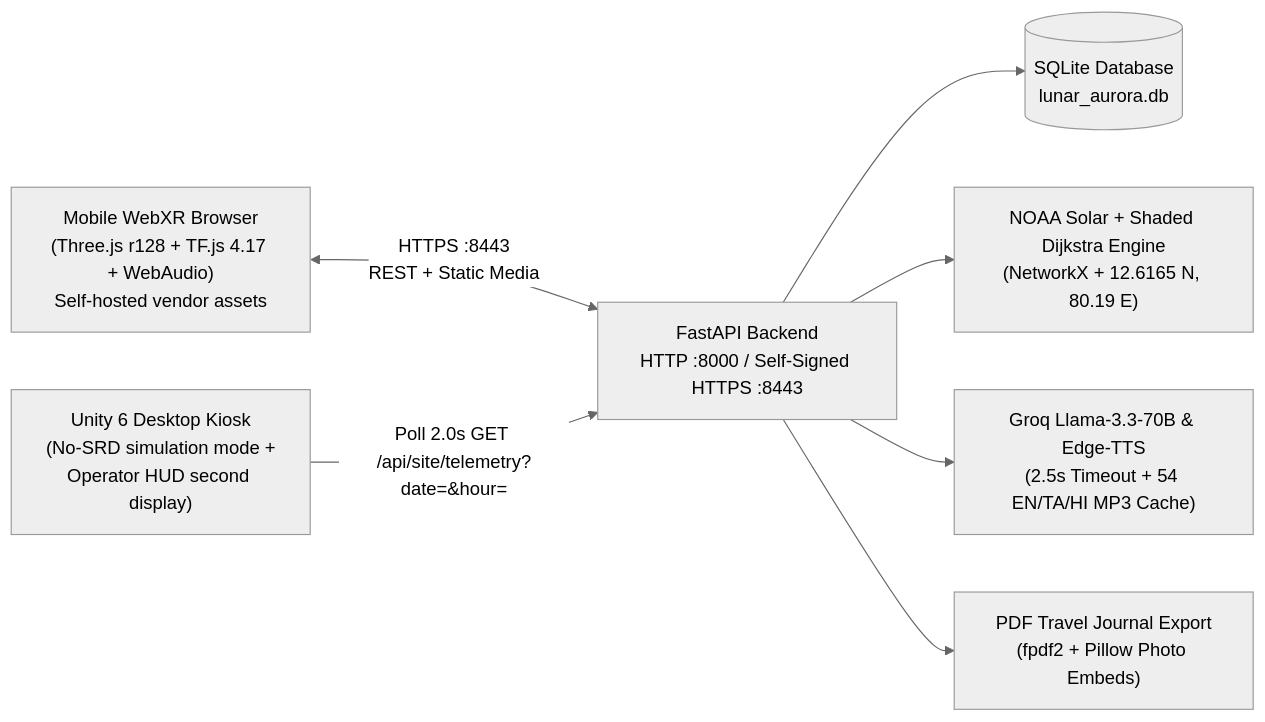
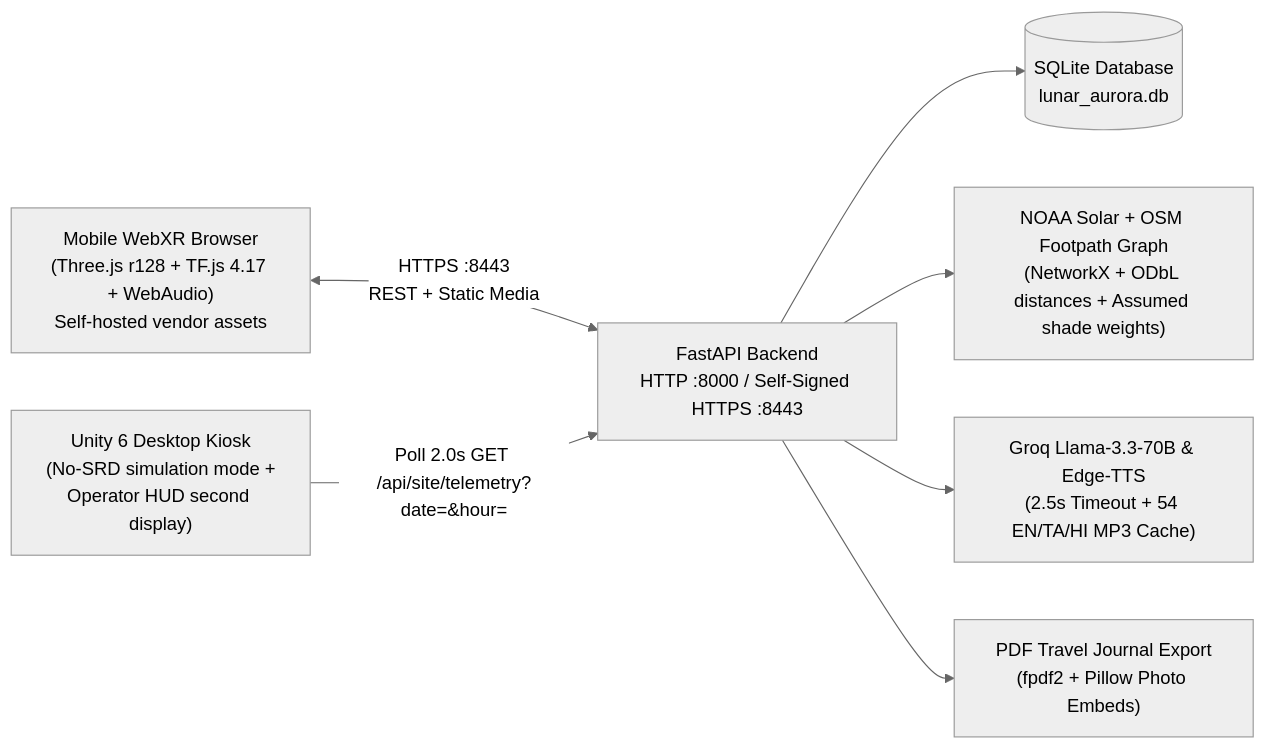
Before and after one commit to Rohitbapu/Lunar-Aurora: the diagram in docs/architecture.md, drawn with Mermaid (neutral theme). The commit also changed other lines of this file and 16 other files, not shown here.

Commit message:
feat(osm,docs): use real OSM coordinates/distances, mark weights assumed, add known limitations

````diff
--- a/docs/architecture.md
+++ b/docs/architecture.md
@@ -7,9 +7,9 @@
 ```mermaid
 flowchart LR
     V["Mobile WebXR Browser<br/>(Three.js r128 + TF.js 4.17 + WebAudio)<br/>Self-hosted vendor assets"] <-->|"HTTPS :8443<br/>REST + Static Media"| API["FastAPI Backend<br/>HTTP :8000 / Self-Signed HTTPS :8443"]
     K["Unity 6 Desktop Kiosk<br/>(No-SRD simulation mode +<br/>Operator HUD second display)"] -->|"Poll 2.0s GET /api/site/telemetry?date=&hour="| API
     API --> DB[("SQLite Database<br/>lunar_aurora.db")]
-    API --> SOLAR["NOAA Solar + Shaded Dijkstra Engine<br/>(NetworkX + 12.6165 N, 80.19 E)"]
+    API --> SOLAR["NOAA Solar + OSM Footpath Graph<br/>(NetworkX + ODbL distances + Assumed shade weights)"]
     API --> AI["Groq Llama-3.3-70B & Edge-TTS<br/>(2.5s Timeout + 54 EN/TA/HI MP3 Cache)"]
     API --> PDF["PDF Travel Journal Export<br/>(fpdf2 + Pillow Photo Embeds)"]
 ```
````
